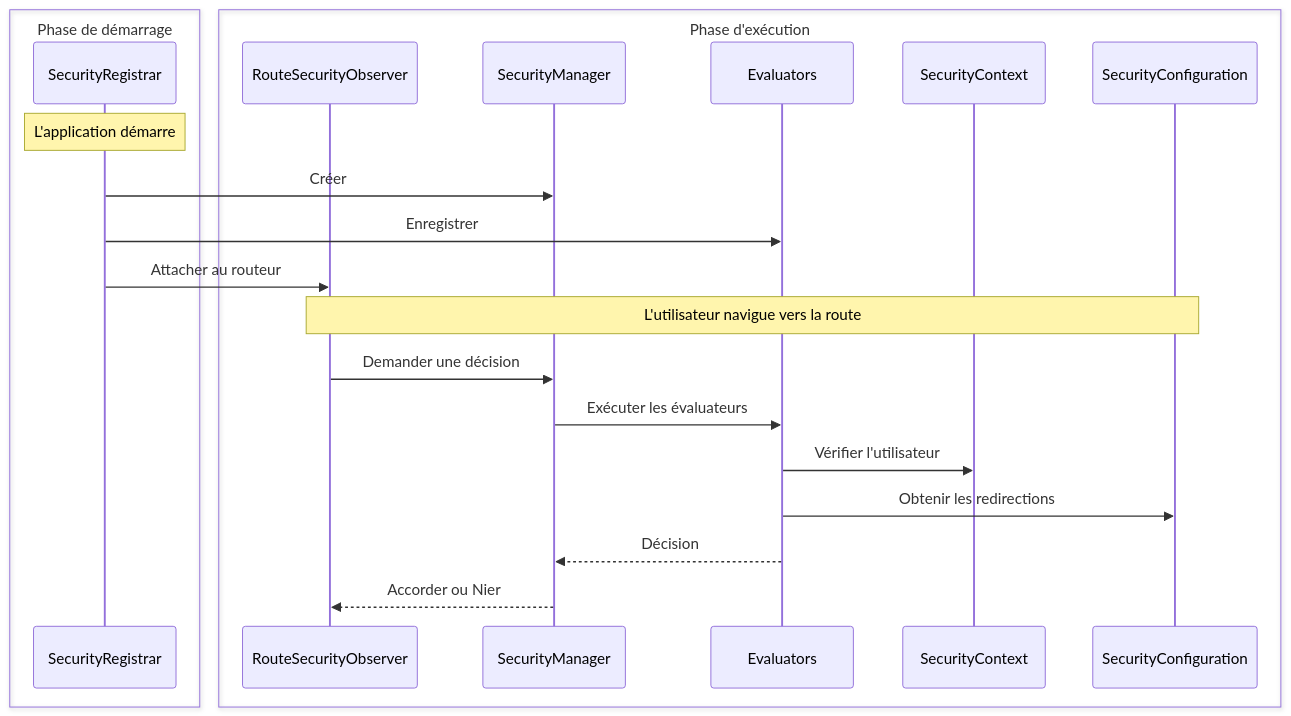
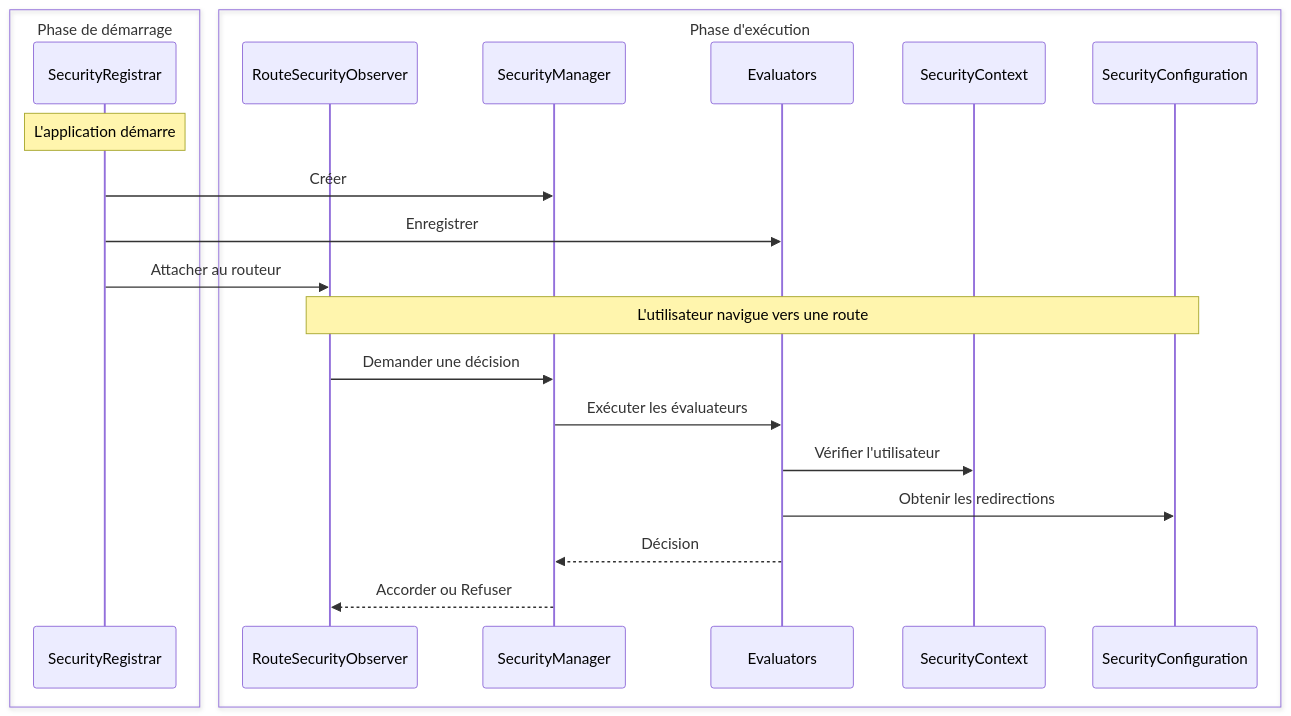
One commit to webforj/webforj-documentation changed the diagram in docs/i18n/fr/docusaurus-plugin-content-docs/current/security/architecture/custom-implementation.md. Above: the diagram before and after it, drawn with Mermaid. The commit also changed other lines of this file and 209 other files, not shown here.

````diff
--- a/docs/i18n/fr/docusaurus-plugin-content-docs/current/security/architecture/custom-implementation.md
+++ b/docs/i18n/fr/docusaurus-plugin-content-docs/current/security/architecture/custom-implementation.md
@@ -25,26 +25,26 @@
 ```mermaid
 sequenceDiagram
     box Phase de démarrage
     participant Registrar as SecurityRegistrar
     end
     box Phase d'exécution
     participant Observer as RouteSecurityObserver
     participant Manager as SecurityManager
     participant Evaluators
     participant Context as SecurityContext
     participant Config as SecurityConfiguration
     end
 
     Note over Registrar: L'application démarre
     Registrar->>Manager: Créer
     Registrar->>Evaluators: Enregistrer
     Registrar->>Observer: Attacher au routeur
 
-    Note over Observer,Config: L'utilisateur navigue vers la route
+    Note over Observer,Config: L'utilisateur navigue vers une route
     Observer->>Manager: Demander une décision
     Manager->>Evaluators: Exécuter les évaluateurs
     Evaluators->>Context: Vérifier l'utilisateur
     Evaluators->>Config: Obtenir les redirections
     Evaluators-->>Manager: Décision
-    Manager-->>Observer: Accorder ou Nier
+    Manager-->>Observer: Accorder ou Refuser
 ```
````
